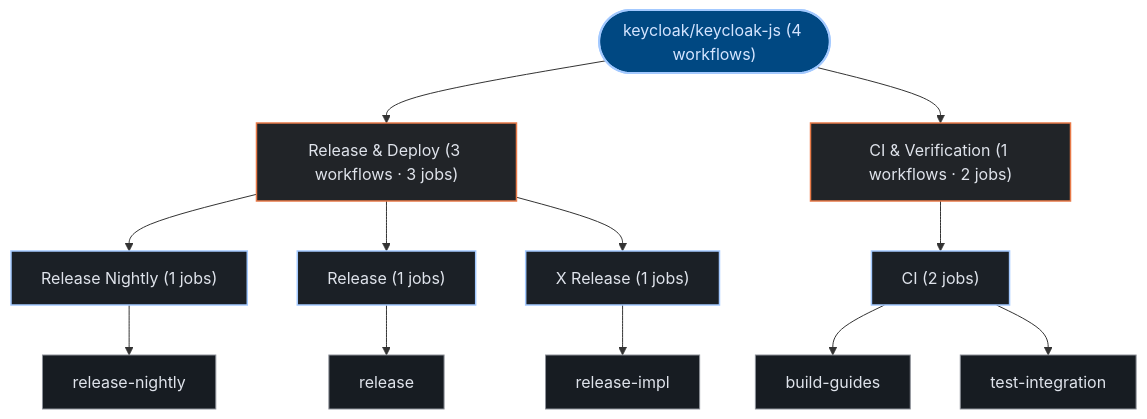
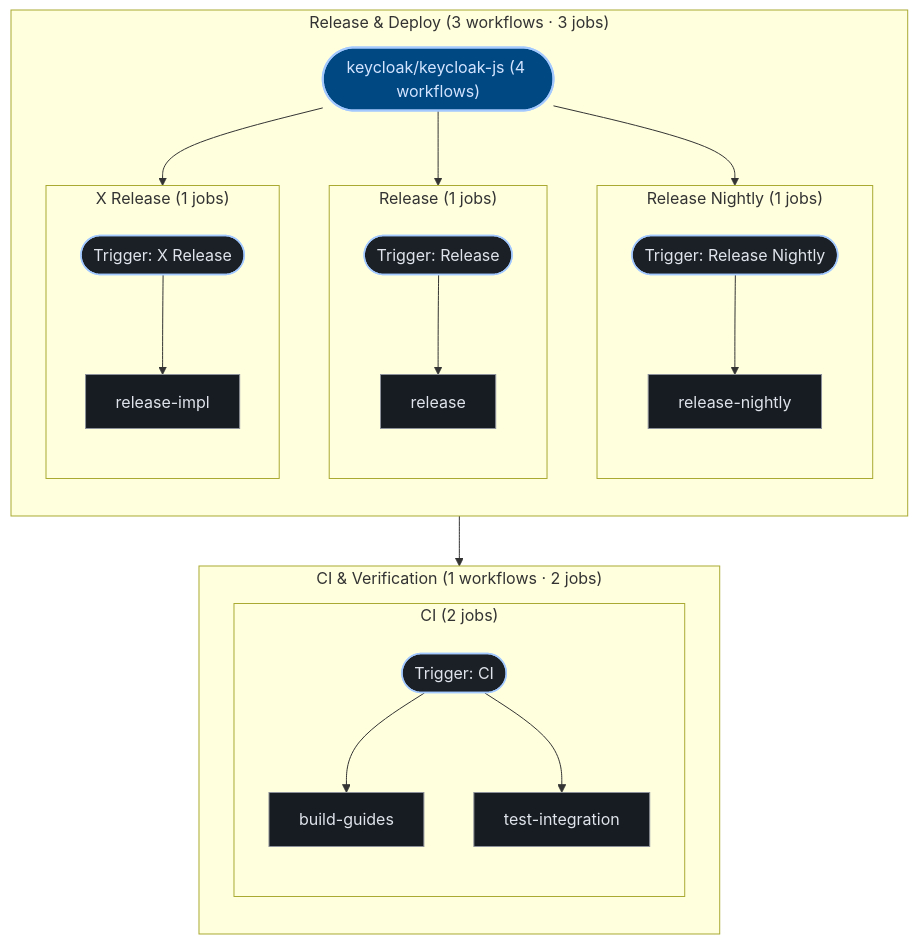
One commit to kumarshaz/atruss-code-atlas changed the third of 3 diagrams in exports/latest/reports/keycloak-keycloak-js-report.md. Above: the diagram before and after it, drawn with Mermaid. The commit also changed 181 other files, not shown here.

````diff
--- a/exports/latest/reports/keycloak-keycloak-js-report.md
+++ b/exports/latest/reports/keycloak-keycloak-js-report.md
@@ -147,33 +147,47 @@
 ```mermaid
 graph TD;
   classDef atlasRoot fill:#004882,stroke:#a3c9ff,stroke-width:2px,color:#d3e4ff
   classDef atlasCategory fill:#212428,stroke:#E87A48,stroke-width:1.5px,color:#dfe3eb
   classDef atlasWorkflow fill:#1b2026,stroke:#a3c9ff,stroke-width:1.5px,color:#dfe3eb
   classDef atlasJob fill:#171c22,stroke:#8d9199,stroke-width:1px,color:#dfe3eb
   classDef atlasTarget fill:#005227,stroke:#8bd99b,stroke-width:1.5px,color:#a7f6b6
   classDef atlasAlert fill:#93000a,stroke:#ffb4ab,stroke-width:1.5px,color:#ffdad6
   classDef atlasMore fill:#252a31,stroke:#8d9199,stroke-dasharray:4 4,color:#c3c6cf
   pipeline_root(["keycloak/keycloak-js (4 workflows)"]):::atlasRoot
-  grp_0_Release___Deploy["Release & Deploy (3 workflows · 3 jobs)"]:::atlasCategory
-  pipeline_root --> grp_0_Release___Deploy
-  wf_1_Release_Nightly["Release Nightly (1 jobs)"]:::atlasWorkflow
-  grp_0_Release___Deploy --> wf_1_Release_Nightly
-  job_1_release_nightly["release-nightly"]:::atlasJob
-  wf_1_Release_Nightly --> job_1_release_nightly
-  wf_2_Release["Release (1 jobs)"]:::atlasWorkflow
-  grp_0_Release___Deploy --> wf_2_Release
-  job_2_release["release"]:::atlasJob
-  wf_2_Release --> job_2_release
-  wf_3_X_Release["X Release (1 jobs)"]:::atlasWorkflow
-  grp_0_Release___Deploy --> wf_3_X_Release
-  job_3_release_impl["release-impl"]:::atlasJob
-  wf_3_X_Release --> job_3_release_impl
-  grp_1_CI___Verification["CI & Verification (1 workflows · 2 jobs)"]:::atlasCategory
-  pipeline_root --> grp_1_CI___Verification
-  wf_0_CI["CI (2 jobs)"]:::atlasWorkflow
-  grp_1_CI___Verification --> wf_0_CI
-  job_0_build_guides["build-guides"]:::atlasJob
-  job_0_test_integration["test-integration"]:::atlasJob
-  wf_0_CI --> job_0_build_guides
-  wf_0_CI --> job_0_test_integration
+  subgraph sg_grp_0_Release___Deploy["Release & Deploy (3 workflows · 3 jobs)"]
+    direction TB
+    subgraph sg_wf_1_Release_Nightly["Release Nightly (1 jobs)"]
+      direction TB
+      wf_1_Release_Nightly(["Trigger: Release Nightly"]):::atlasWorkflow
+      job_1_release_nightly["release-nightly"]:::atlasJob
+      wf_1_Release_Nightly --> job_1_release_nightly
+    end
+    pipeline_root --> wf_1_Release_Nightly
+    subgraph sg_wf_2_Release["Release (1 jobs)"]
+      direction TB
+      wf_2_Release(["Trigger: Release"]):::atlasWorkflow
+      job_2_release["release"]:::atlasJob
+      wf_2_Release --> job_2_release
+    end
+    pipeline_root --> wf_2_Release
+    subgraph sg_wf_3_X_Release["X Release (1 jobs)"]
+      direction TB
+      wf_3_X_Release(["Trigger: X Release"]):::atlasWorkflow
+      job_3_release_impl["release-impl"]:::atlasJob
+      wf_3_X_Release --> job_3_release_impl
+    end
+    pipeline_root --> wf_3_X_Release
+  end
+  subgraph sg_grp_1_CI___Verification["CI & Verification (1 workflows · 2 jobs)"]
+    direction TB
+    subgraph sg_wf_0_CI["CI (2 jobs)"]
+      direction TB
+      wf_0_CI(["Trigger: CI"]):::atlasWorkflow
+      job_0_build_guides["build-guides"]:::atlasJob
+      job_0_test_integration["test-integration"]:::atlasJob
+      wf_0_CI --> job_0_build_guides
+      wf_0_CI --> job_0_test_integration
+    end
+    pipeline_root --> wf_0_CI
+  end
 ```
````
